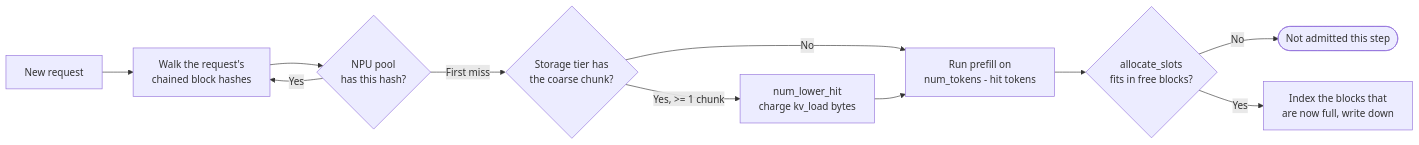
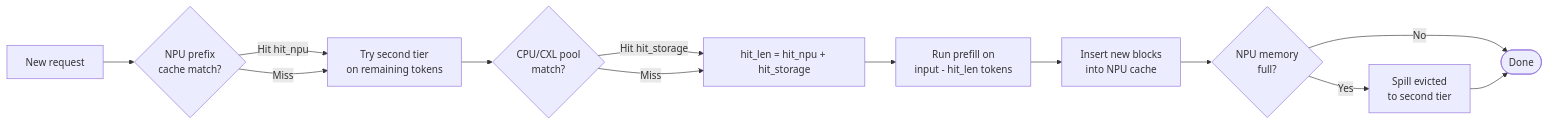
The second of 2 diagrams in docs/docs/simulator/scheduling/prefix-caching.md (ahkanani/LLMServingSim), drawn with Mermaid before and after one commit. The commit also changed other lines of this file and 451 other files, not shown here.

````diff
--- a/docs/docs/simulator/scheduling/prefix-caching.md
+++ b/docs/docs/simulator/scheduling/prefix-caching.md
@@ -88,13 +72,15 @@
 ```mermaid
 flowchart LR
-    REQ[New request] --> WALK[Walk the request's<br/>chained block hashes]
-    WALK --> NPU{NPU pool<br/>has this hash?}
-    NPU -->|Yes| WALK
-    NPU -->|First miss| LOW{Storage tier has<br/>the coarse chunk?}
-    LOW -->|Yes, >= 1 chunk| RECALL[num_lower_hit<br/>charge kv_load bytes]
-    LOW -->|No| REST
-    RECALL --> REST[Run prefill on<br/>num_tokens - hit tokens]
-    REST --> ALLOC{allocate_slots<br/>fits in free blocks?}
-    ALLOC -->|No| STOP([Not admitted this step])
-    ALLOC -->|Yes| CACHE[Index the blocks that<br/>are now full, write down]
+    REQ[New request] --> NPU{NPU prefix<br/>cache match?}
+    NPU -->|Hit hit_npu| BOTH[Try second tier<br/>on remaining tokens]
+    NPU -->|Miss| BOTH
+    BOTH --> POOL{CPU/CXL pool<br/>match?}
+    POOL -->|Hit hit_storage| TOTAL[hit_len = hit_npu + hit_storage]
+    POOL -->|Miss| TOTAL
+    TOTAL --> RUN[Run prefill on<br/>input - hit_len tokens]
+    RUN --> INSERT[Insert new blocks<br/>into NPU cache]
+    INSERT --> EVICT{NPU memory<br/>full?}
+    EVICT -->|Yes| SPILL[Spill evicted<br/>to second tier]
+    EVICT -->|No| DONE([Done])
+    SPILL --> DONE
 ```
````
